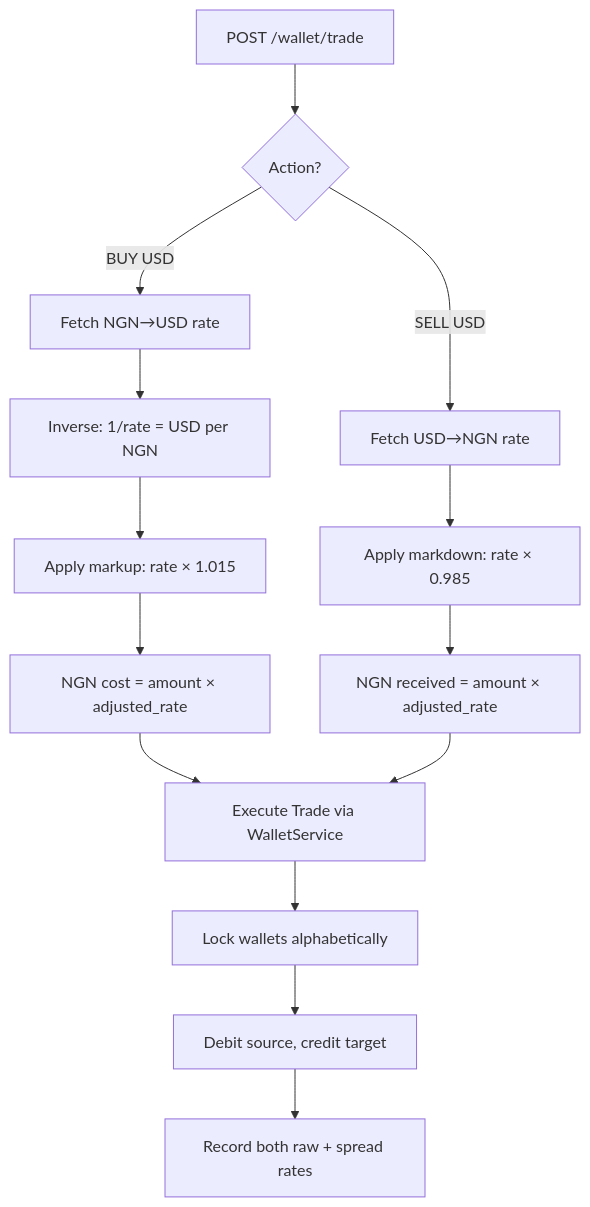
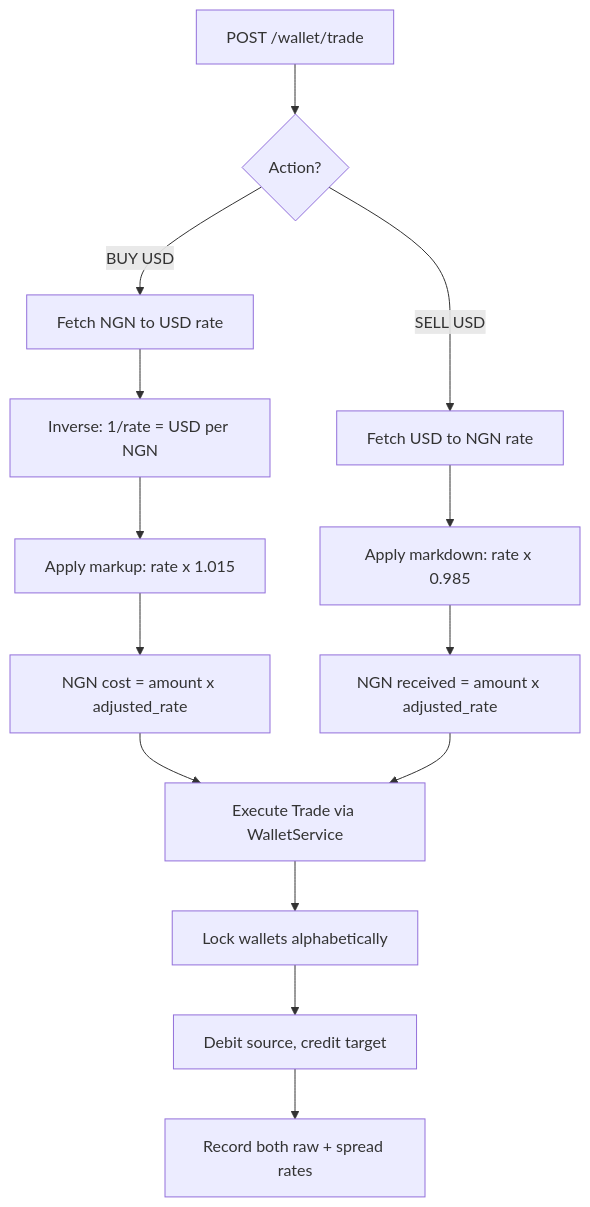
Before and after one commit to Olayanju-1234/credpal-assessment: the fifth of 5 diagrams in README.md, drawn with Mermaid. The commit also changed other lines of this file, not shown here.

````diff
--- a/README.md
+++ b/README.md
@@ -210,16 +309,16 @@
 ```mermaid
 flowchart TD
     A[POST /wallet/trade] --> B{Action?}
-    B -->|BUY USD| C[Fetch NGN→USD rate]
+    B -->|BUY USD| C[Fetch NGN to USD rate]
     C --> D[Inverse: 1/rate = USD per NGN]
-    D --> E[Apply markup: rate × 1.015]
-    E --> F[NGN cost = amount × adjusted_rate]
-    B -->|SELL USD| G[Fetch USD→NGN rate]
-    G --> H[Apply markdown: rate × 0.985]
-    H --> I[NGN received = amount × adjusted_rate]
+    D --> E[Apply markup: rate x 1.015]
+    E --> F[NGN cost = amount x adjusted_rate]
+    B -->|SELL USD| G[Fetch USD to NGN rate]
+    G --> H[Apply markdown: rate x 0.985]
+    H --> I[NGN received = amount x adjusted_rate]
     F --> J[Execute Trade via WalletService]
     I --> J
     J --> K[Lock wallets alphabetically]
     K --> L[Debit source, credit target]
     L --> M[Record both raw + spread rates]
 ```
````
